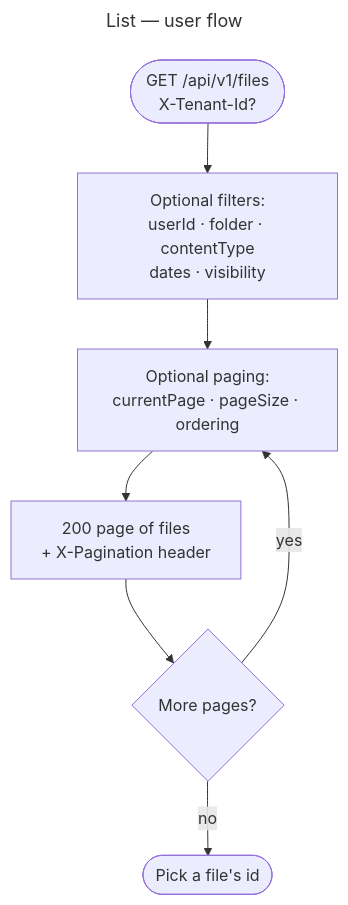
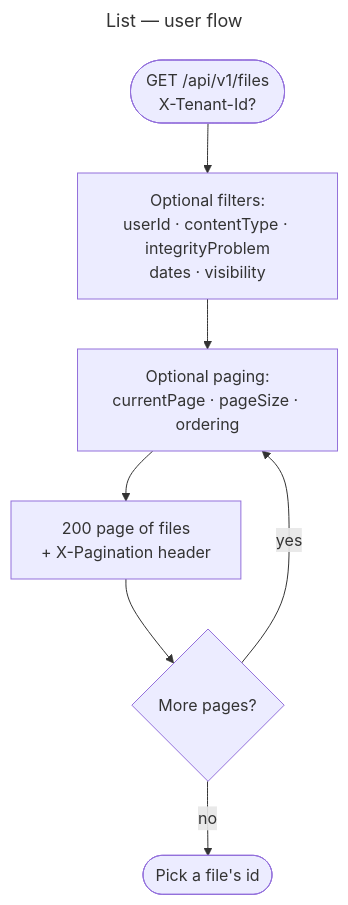
One commit to gmetskhvarishvili/GM.FileStorage.Samples changed the sixth of 12 diagrams in docs/user-flows.md. Above: the diagram before and after it, drawn with Mermaid. The commit also changed other lines of this file and 30 other files, not shown here.

````diff
--- a/docs/user-flows.md
+++ b/docs/user-flows.md
@@ -160,12 +160,12 @@
 ```mermaid
 ---
 title: List — user flow
 ---
 flowchart TD
-    start([GET /api/v1/files<br/>X-Tenant-Id?]) --> filters[Optional filters:<br/>userId · folder · contentType<br/>dates · visibility]
+    start([GET /api/v1/files<br/>X-Tenant-Id?]) --> filters[Optional filters:<br/>userId · contentType · integrityProblem<br/>dates · visibility]
     filters --> paging[Optional paging:<br/>currentPage · pageSize · ordering]
     paging --> res[200 page of files<br/>+ X-Pagination header]
     res --> more{More pages?}
     more -- yes --> paging
     more -- no --> done([Pick a file's id])
 ```
````
